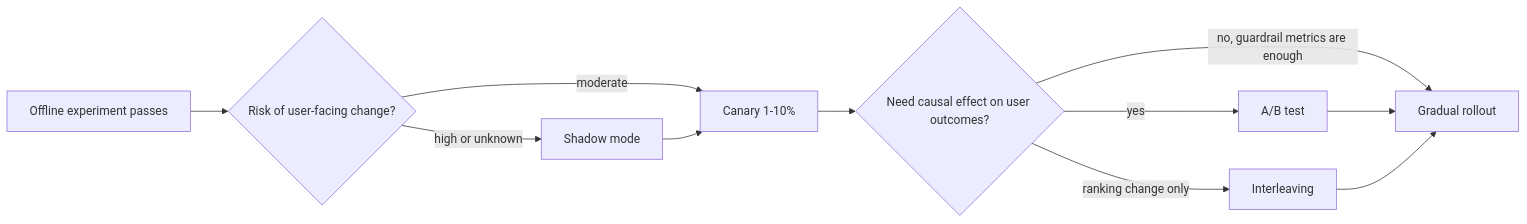
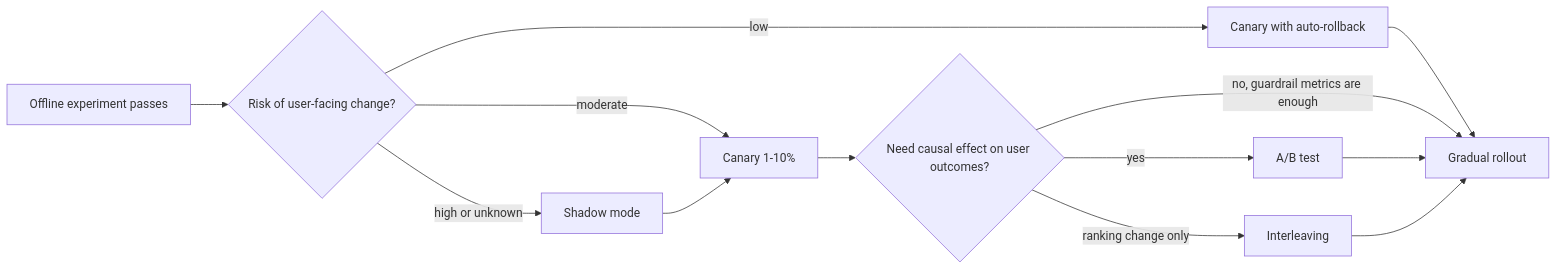
The third of 4 diagrams in research/03-online-evals-and-observability/01-online-evals.md (Sarangk90/awesome-agent-evals-and-guardrails), drawn with Mermaid before and after one commit. The commit also changed other lines of this file and 4 other files, not shown here.

````diff
--- a/research/03-online-evals-and-observability/01-online-evals.md
+++ b/research/03-online-evals-and-observability/01-online-evals.md
@@ -367,13 +463,15 @@
 ```mermaid
 flowchart LR
     A["Offline experiment passes"] --> B{"Risk of user-facing change?"}
     B -->|"high or unknown"| S["Shadow mode"]
     B -->|"moderate"| C["Canary 1-10%"]
+    B -->|"low"| L["Canary with auto-rollback"]
     S --> C
+    L --> F
     C --> D{"Need causal effect on user outcomes?"}
     D -->|"yes"| E["A/B test"]
     D -->|"ranking change only"| I["Interleaving"]
     D -->|"no, guardrail metrics are enough"| F["Gradual rollout"]
     E --> F
     I --> F
 ```
````
